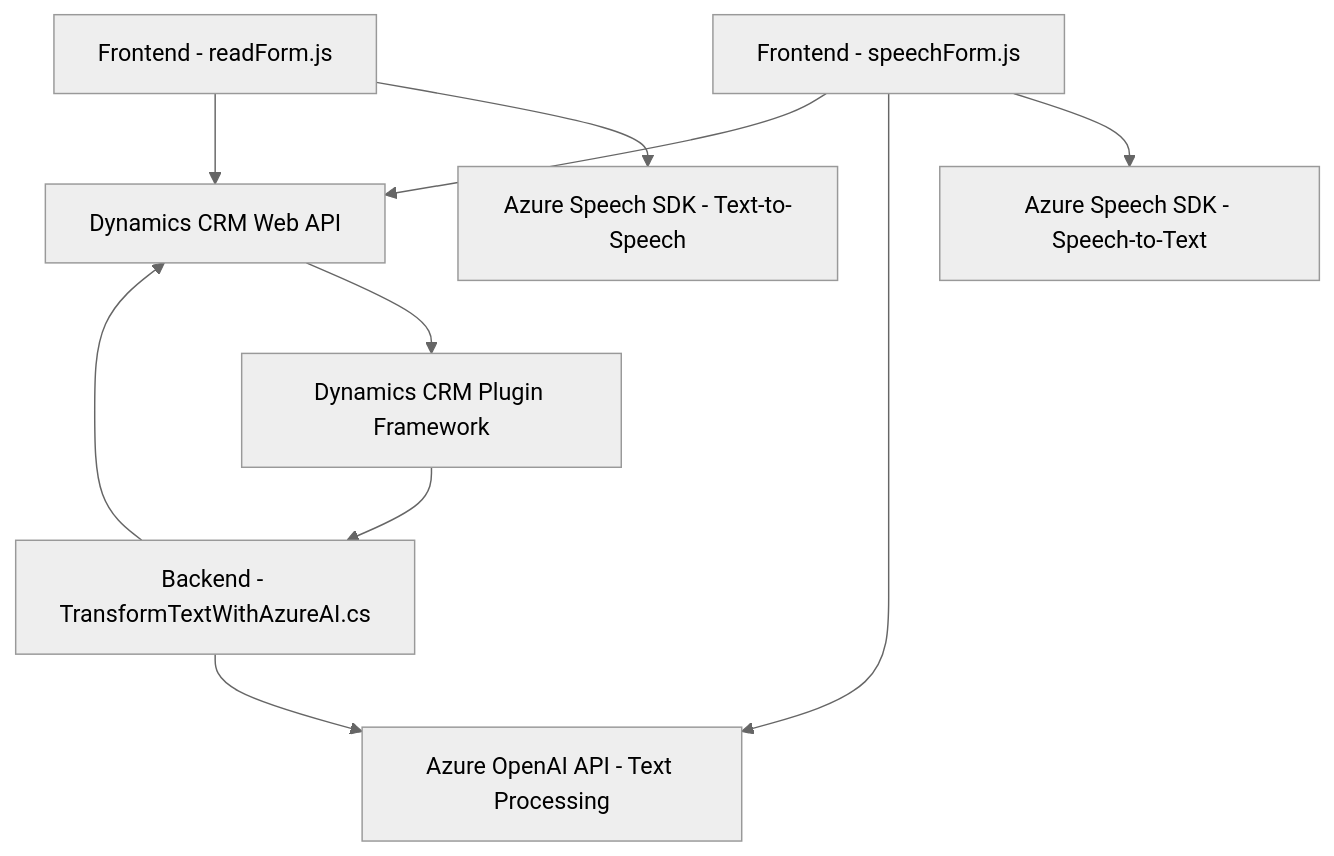
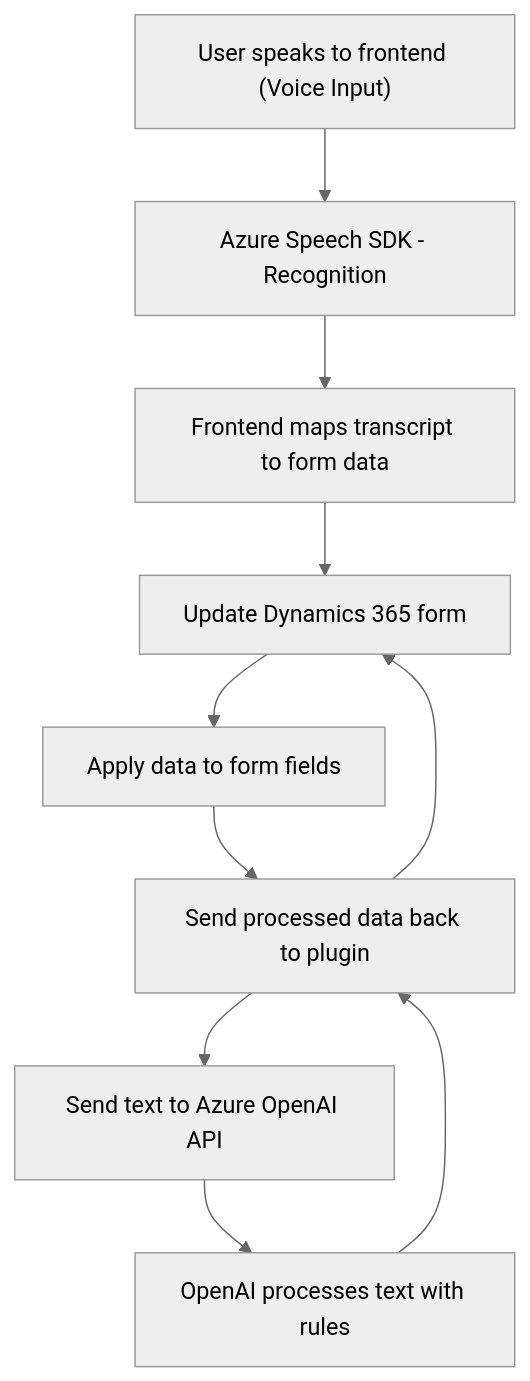
One commit to blopezdm/NETCORE_BILBAO2025 changed the diagram in README.md. Above: the diagram before and after it, drawn with Mermaid (neutral theme). The commit also changed other lines of this file, not shown here.

````diff
--- a/README.md
+++ b/README.md
@@ -73,21 +44,12 @@
 ```mermaid
 graph TD
-    A["Frontend - readForm.js"]
-    B["Frontend - speechForm.js"]
-    C["Backend - TransformTextWithAzureAI.cs"]
-    D["Azure Speech SDK - Text-to-Speech"]
-    E["Azure Speech SDK - Speech-to-Text"]
-    F["Azure OpenAI API - Text Processing"]
-    G["Dynamics CRM Web API"]
-    H["Dynamics CRM Plugin Framework"]
-
-    A --> D
-    A --> G
-    B --> E
-    B --> F
-    B --> G
-    C --> F
-    C --> G
-    G --> H
-    H --> C
+    A["User speaks to frontend (Voice Input)"] --> B["Azure Speech SDK - Recognition"]
+    B --> C["Frontend maps transcript to form data"]
+    C --> D["Microsoft Dynamics 365 form context"]
+    D --> E["Apply data to form fields"]
+    E --> F["Plugin listens to event"]
+    F --> G["Send text to Azure OpenAI API"]
+    G --> H["OpenAI processes text with rules"]
+    H --> F["Send processed data back to plugin"]
+    F --> D["Update Dynamics 365 form"]
 ```
````
